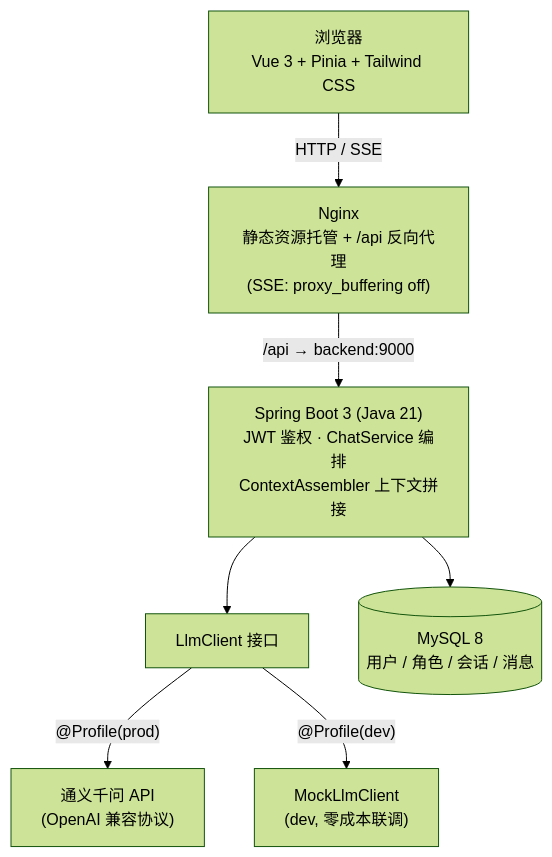
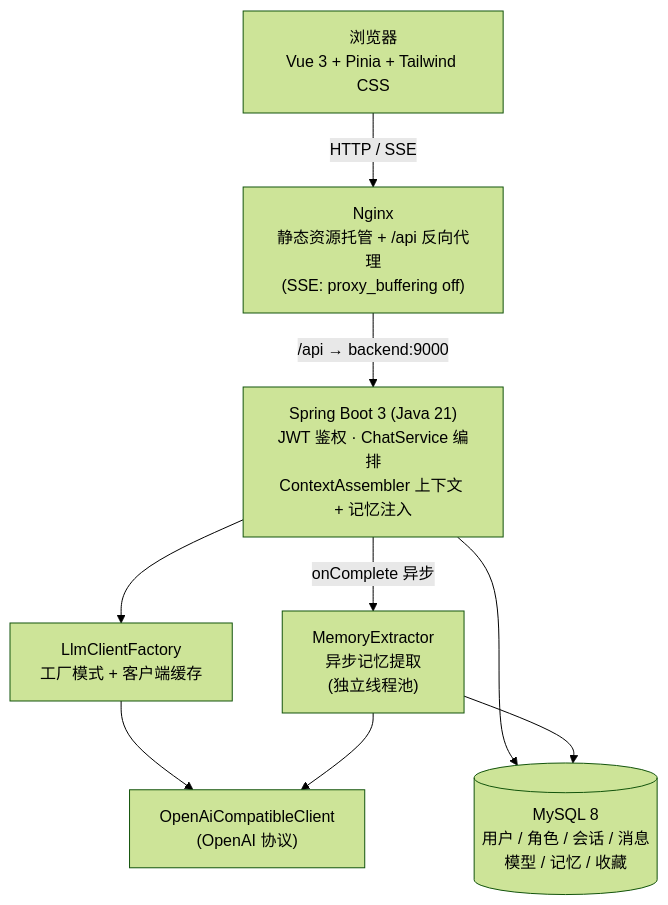
Before and after one commit to KONGBAI666666/xinyu: the first of 3 diagrams in README.md, drawn with Mermaid (forest theme). The commit also changed other lines of this file, not shown here.

````diff
--- a/README.md
+++ b/README.md
@@ -32,17 +53,18 @@
 ```mermaid
 flowchart TB
     Browser["浏览器<br/>Vue 3 + Pinia + Tailwind CSS"]
     Nginx["Nginx<br/>静态资源托管 + /api 反向代理<br/>(SSE: proxy_buffering off)"]
-    Server["Spring Boot 3 (Java 21)<br/>JWT 鉴权 · ChatService 编排<br/>ContextAssembler 上下文拼接"]
-    LLM["LlmClient 接口"]
-    Qwen["通义千问 API<br/>(OpenAI 兼容协议)"]
-    Mock["MockLlmClient<br/>(dev, 零成本联调)"]
-    MySQL[("MySQL 8<br/>用户 / 角色 / 会话 / 消息")]
+    Server["Spring Boot 3 (Java 21)<br/>JWT 鉴权 · ChatService 编排<br/>ContextAssembler 上下文 + 记忆注入"]
+    Factory["LlmClientFactory<br/>工厂模式 + 客户端缓存"]
+    LLM["OpenAiCompatibleClient<br/>(OpenAI 协议)"]
+    Extractor["MemoryExtractor<br/>异步记忆提取<br/>(独立线程池)"]
+    MySQL[("MySQL 8<br/>用户 / 角色 / 会话 / 消息<br/>模型 / 记忆 / 收藏")]
 
     Browser -- "HTTP / SSE" --> Nginx
     Nginx -- "/api → backend:9000" --> Server
-    Server --> LLM
-    LLM -- "@Profile(prod)" --> Qwen
-    LLM -- "@Profile(dev)" --> Mock
+    Server --> Factory --> LLM
     Server --> MySQL
+    Server -- "onComplete 异步" --> Extractor
+    Extractor --> LLM
+    Extractor --> MySQL
 ```
````
